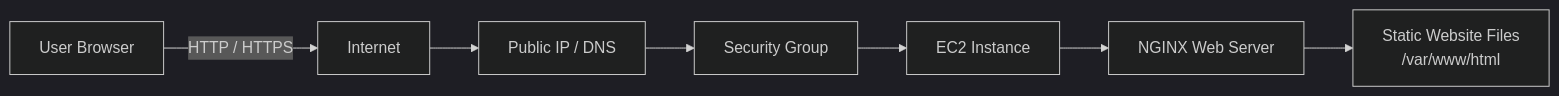
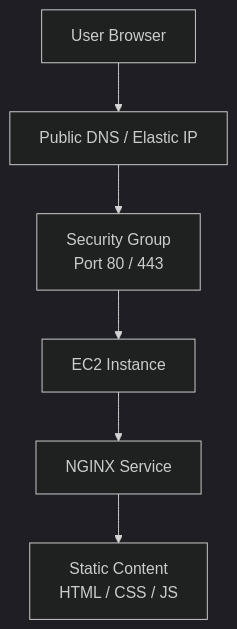
The diagram in README.md (HawkSalvoo/static-website-on-ec2instance), drawn with Mermaid (dark theme) before and after one commit.

````diff
--- a/README.md
+++ b/README.md
@@ -30,11 +30,17 @@
 ```mermaid
 
-flowchart LR
-    U[User Browser] -->|HTTP / HTTPS| I[Internet]
-    I --> P[Public IP / DNS]
-    P --> SG[Security Group]
-    SG --> EC2[EC2 Instance]
-    EC2 --> NGINX[NGINX Web Server]
-    NGINX --> WEB[Static Website Files<br/>/var/www/html]
+flowchart TB
+    User[User Browser]
+    DNS[Public DNS / Elastic IP]
+    SG[Security Group<br/>Port 80 / 443]
+    EC2[EC2 Instance]
+    NGINX[NGINX Service]
+    Files[Static Content<br/>HTML / CSS / JS]
+
+    User --> DNS
+    DNS --> SG
+    SG --> EC2
+    EC2 --> NGINX
+    NGINX --> Files
 
 ```
````
